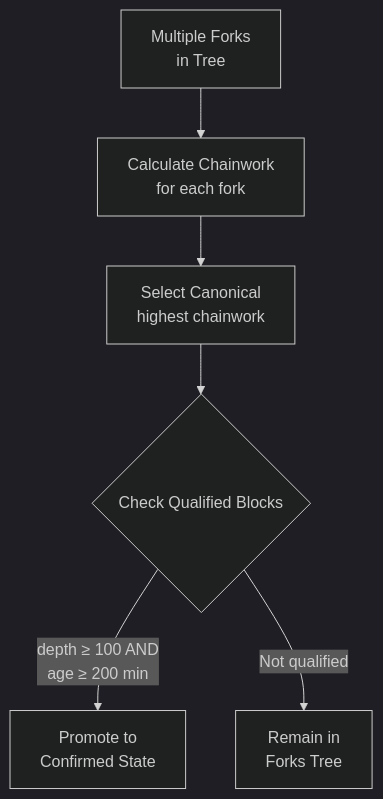
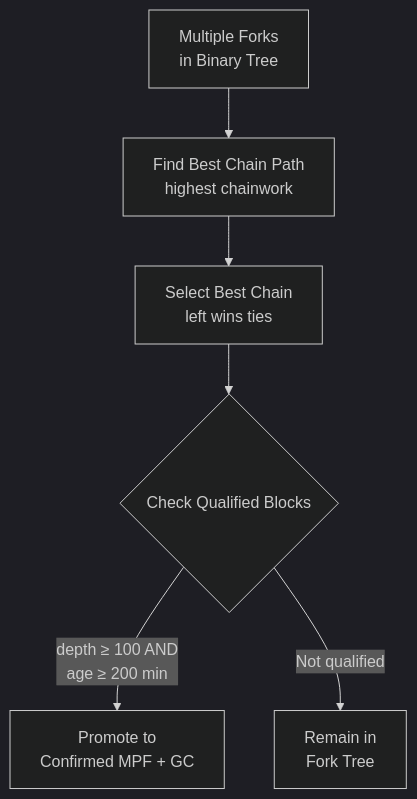
One commit to lantr-io/binocular changed the fifth of 5 diagrams in Litepaper.md. Above: the diagram before and after it, drawn with Mermaid (dark theme). The commit also changed other lines of this file and 5 other files, not shown here.

````diff
--- a/Litepaper.md
+++ b/Litepaper.md
@@ -134,8 +151,8 @@
 ```mermaid
 graph TD
-    A[Multiple Forks<br/>in Tree] --> B[Calculate Chainwork<br/>for each fork]
-    B --> C[Select Canonical<br/>highest chainwork]
+    A[Multiple Forks<br/>in Binary Tree] --> B[Find Best Chain Path<br/>highest chainwork]
+    B --> C[Select Best Chain<br/>left wins ties]
     C --> D{Check Qualified Blocks}
-    D -->|depth ≥ 100 AND<br/>age ≥ 200 min| E[Promote to<br/>Confirmed State]
-    D -->|Not qualified| F[Remain in<br/>Forks Tree]
+    D -->|depth ≥ 100 AND<br/>age ≥ 200 min| E[Promote to<br/>Confirmed MPF + GC]
+    D -->|Not qualified| F[Remain in<br/>Fork Tree]
 ```
````
